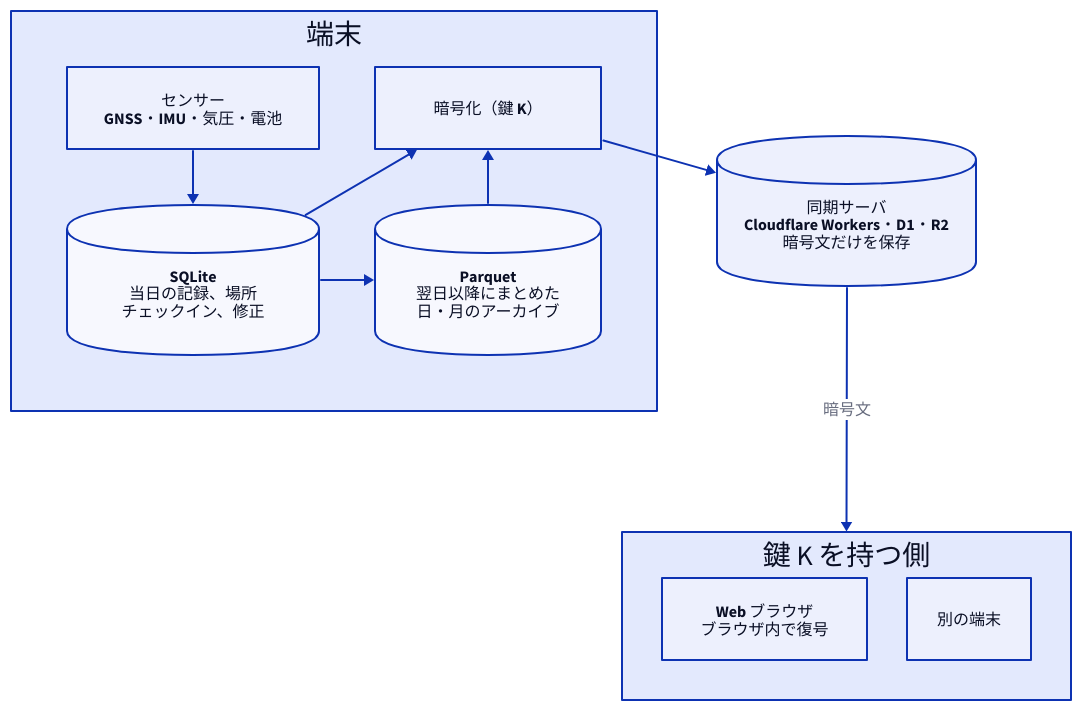
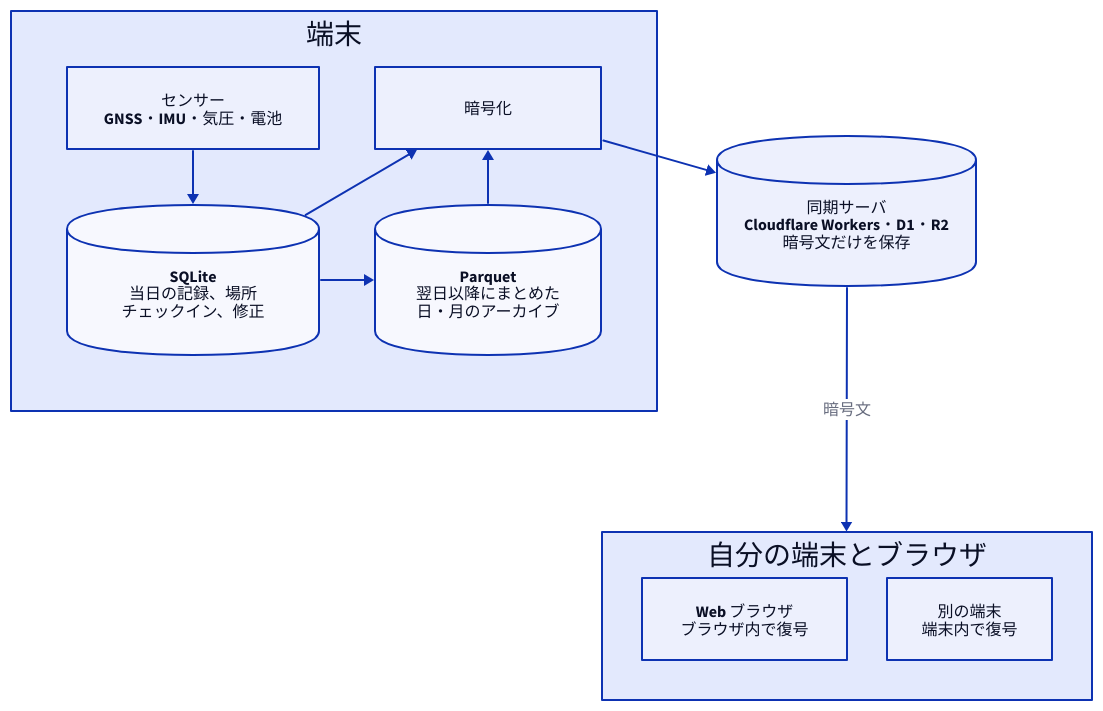
One commit to sksat/ashidori changed the diagram in docs/diagrams/readme-dataflow.d2. Above: the diagram before and after it, drawn with D2. The commit also changed 2 other files, not shown here.

Commit message:
README: the data flow diagram without the unexplained key K
Claude-Session: https://claude.ai/code/session_017t1ggPhSxMpk4m7mc72YJC

```diff
--- a/docs/diagrams/readme-dataflow.d2
+++ b/docs/diagrams/readme-dataflow.d2
@@ -1,30 +1,30 @@
 # 記録と同期（README）
-# 鍵 K を持つのは利用者の端末とペアリングしたブラウザだけで、同期サーバには暗号文だけが届く。
+# 復号できるのは利用者の端末とペアリングしたブラウザだけで、同期サーバには暗号文だけが届く。
 direction: down
 
 phone: 端末 {
   grid-columns: 2
   grid-gap: 56
   # The grid fills column by column: sensors over db, enc over archive.
   sensors: "センサー\nGNSS・IMU・気圧・電池"
   db: "SQLite\n当日の記録、場所\nチェックイン、修正" {shape: cylinder}
-  enc: "暗号化（鍵 K）"
+  enc: 暗号化
   archive: "Parquet\n翌日以降にまとめた\n日・月のアーカイブ" {shape: cylinder}
 
   sensors -> db
   db -> archive
   archive -> enc
   db -> enc
 }
 
 server: "同期サーバ\nCloudflare Workers・D1・R2\n暗号文だけを保存" {shape: cylinder}
 
-readers: "鍵 K を持つ側" {
+readers: "自分の端末とブラウザ" {
   grid-columns: 2
   grid-gap: 40
   web: "Web ブラウザ\nブラウザ内で復号"
-  other: "別の端末"
+  other: "別の端末\n端末内で復号"
 }
 
 phone.enc -> server
 server -> readers: 暗号文
```
